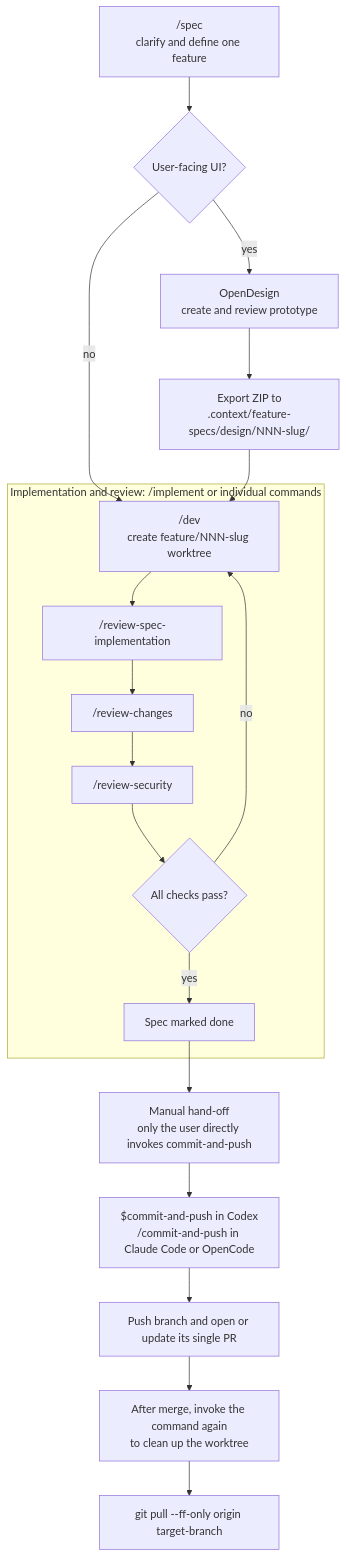
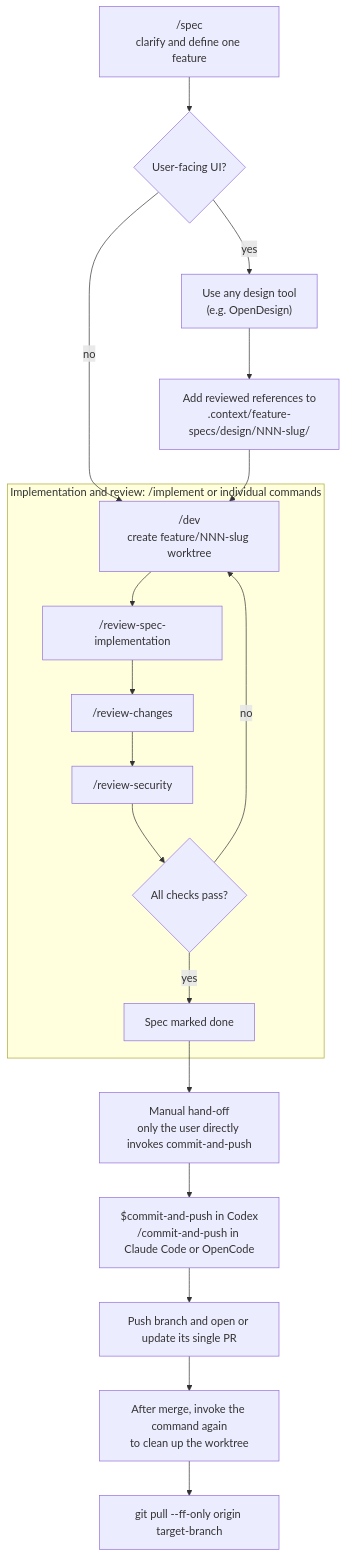
The third of 3 diagrams in README.md (the-blue-coder/agentic-starter), drawn with Mermaid before and after one commit. The commit also changed other lines of this file and 15 other files, not shown here.

````diff
--- a/README.md
+++ b/README.md
@@ -85,23 +85,23 @@
 ```mermaid
 flowchart TD
   spec["/spec<br/>clarify and define one feature"] --> ui{"User-facing UI?"}
-  ui -- yes --> openDesign["OpenDesign<br/>create and review prototype"]
-  openDesign --> export["Export ZIP to<br/>.context/feature-specs/design/NNN-slug/"]
+  ui -- yes --> designTool["Use any design tool<br/>(e.g. OpenDesign)"]
+  designTool --> export["Add reviewed references to<br/>.context/feature-specs/design/NNN-slug/"]
   ui -- no --> dev["/dev<br/>create feature/NNN-slug worktree"]
   export --> dev
 
   subgraph reviewLoop["Implementation and review: /implement or individual commands"]
     dev --> verify["/review-spec-implementation"]
     verify --> conventions["/review-changes"]
     conventions --> security["/review-security"]
     security --> clean{"All checks pass?"}
     clean -- no --> dev
     clean -- yes --> done["Spec marked done"]
   end
 
   done --> gate["Manual hand-off<br/>only the user directly invokes commit-and-push"]
   gate --> ship["$commit-and-push in Codex<br/>/commit-and-push in Claude Code or OpenCode"]
   ship --> pr["Push branch and open or update its single PR"]
   pr --> merged["After merge, invoke the command again<br/>to clean up the worktree"]
   merged --> pull["git pull --ff-only origin target-branch"]
 ```
````
